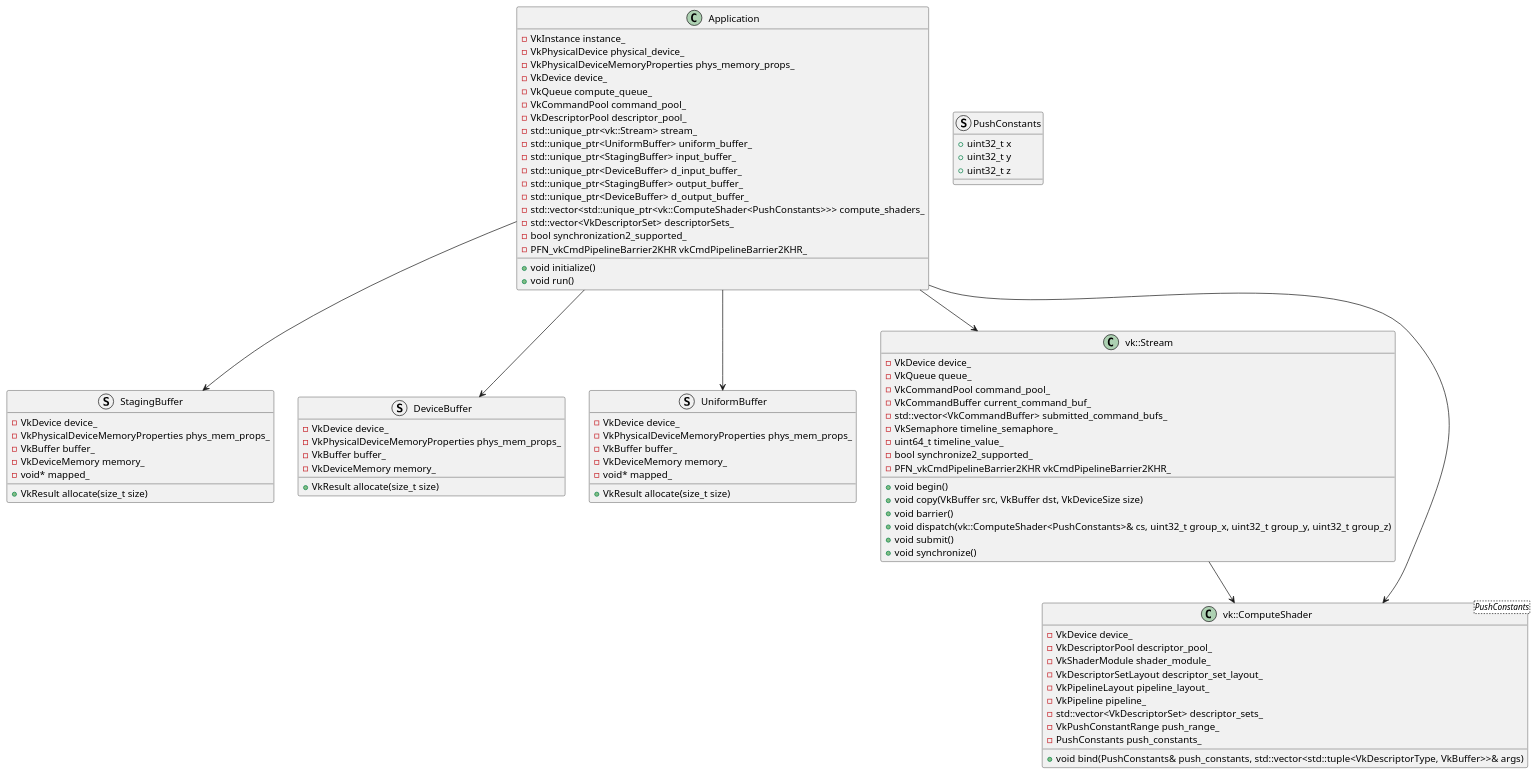
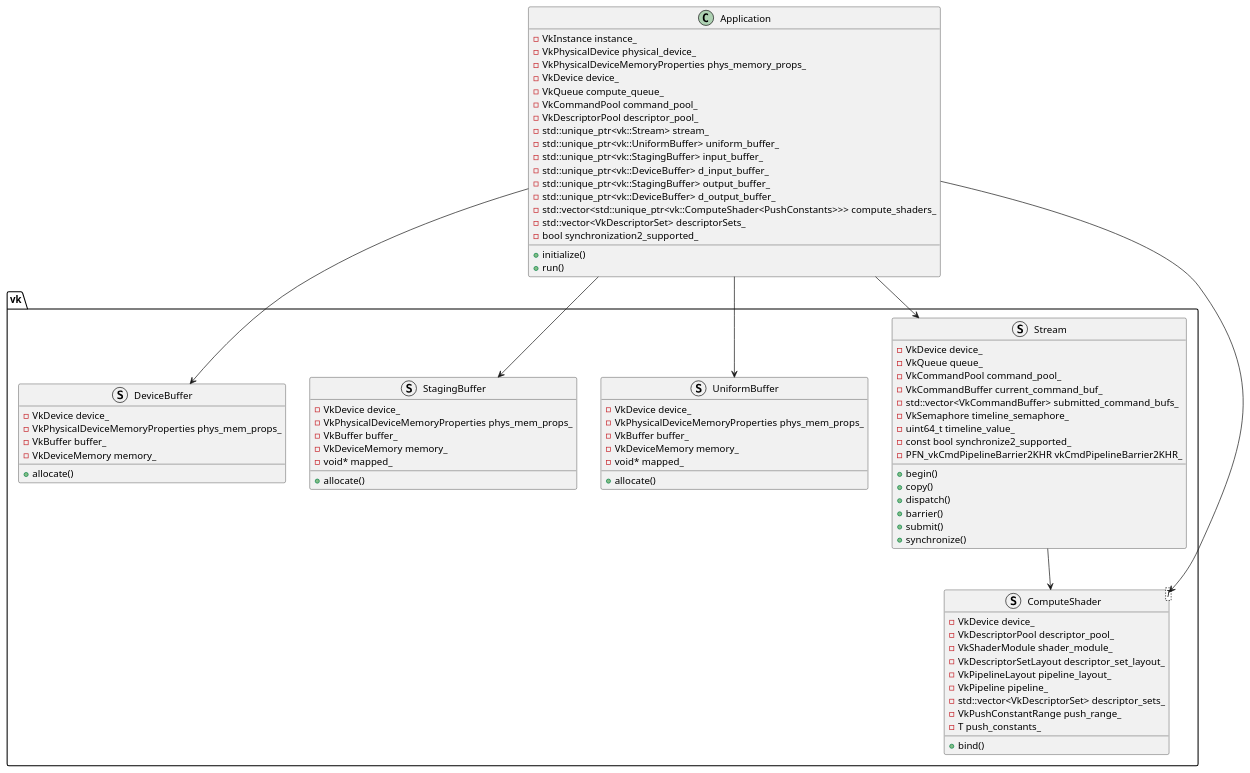
Before and after one commit to kohshi/vulkan-sandbox: the diagram in doc/class.pu, drawn with PlantUML.

```diff
--- a/doc/class.pu
+++ b/doc/class.pu
@@ -1,93 +1,88 @@
 @startuml
+set namespaceSeparator ::
+
 class Application {
   - VkInstance instance_
   - VkPhysicalDevice physical_device_
   - VkPhysicalDeviceMemoryProperties phys_memory_props_
   - VkDevice device_
   - VkQueue compute_queue_
   - VkCommandPool command_pool_
   - VkDescriptorPool descriptor_pool_
   - std::unique_ptr<vk::Stream> stream_
-  - std::unique_ptr<UniformBuffer> uniform_buffer_
-  - std::unique_ptr<StagingBuffer> input_buffer_
-  - std::unique_ptr<DeviceBuffer> d_input_buffer_
-  - std::unique_ptr<StagingBuffer> output_buffer_
-  - std::unique_ptr<DeviceBuffer> d_output_buffer_
+  - std::unique_ptr<vk::UniformBuffer> uniform_buffer_
+  - std::unique_ptr<vk::StagingBuffer> input_buffer_
+  - std::unique_ptr<vk::DeviceBuffer> d_input_buffer_
+  - std::unique_ptr<vk::StagingBuffer> output_buffer_
+  - std::unique_ptr<vk::DeviceBuffer> d_output_buffer_
   - std::vector<std::unique_ptr<vk::ComputeShader<PushConstants>>> compute_shaders_
   - std::vector<VkDescriptorSet> descriptorSets_
   - bool synchronization2_supported_
-  - PFN_vkCmdPipelineBarrier2KHR vkCmdPipelineBarrier2KHR_
-  + void initialize()
-  + void run()
+  + initialize()
+  + run()
 }
 
-struct PushConstants {
-  + uint32_t x
-  + uint32_t y
-  + uint32_t z
-}
-
-struct StagingBuffer {
-  - VkDevice device_
-  - VkPhysicalDeviceMemoryProperties phys_mem_props_
-  - VkBuffer buffer_
-  - VkDeviceMemory memory_
-  - void* mapped_
-  + VkResult allocate(size_t size)
-}
-
-struct DeviceBuffer {
-  - VkDevice device_
-  - VkPhysicalDeviceMemoryProperties phys_mem_props_
-  - VkBuffer buffer_
-  - VkDeviceMemory memory_
-  + VkResult allocate(size_t size)
-}
-
-struct UniformBuffer {
-  - VkDevice device_
-  - VkPhysicalDeviceMemoryProperties phys_mem_props_
-  - VkBuffer buffer_
-  - VkDeviceMemory memory_
-  - void* mapped_
-  + VkResult allocate(size_t size)
-}
-
-class vk::Stream {
+struct vk::Stream {
   - VkDevice device_
   - VkQueue queue_
   - VkCommandPool command_pool_
   - VkCommandBuffer current_command_buf_
   - std::vector<VkCommandBuffer> submitted_command_bufs_
   - VkSemaphore timeline_semaphore_
   - uint64_t timeline_value_
-  - bool synchronize2_supported_
+  - const bool synchronize2_supported_
   - PFN_vkCmdPipelineBarrier2KHR vkCmdPipelineBarrier2KHR_
-  + void begin()
-  + void copy(VkBuffer src, VkBuffer dst, VkDeviceSize size)
-  + void barrier()
-  + void dispatch(vk::ComputeShader<PushConstants>& cs, uint32_t group_x, uint32_t group_y, uint32_t group_z)
-  + void submit()
-  + void synchronize()
+  + begin()
+  + copy()
+  + dispatch()
+  + barrier()
+  + submit()
+  + synchronize()
 }
 
-class vk::ComputeShader<PushConstants> {
+struct vk::ComputeShader<T> {
   - VkDevice device_
   - VkDescriptorPool descriptor_pool_
   - VkShaderModule shader_module_
   - VkDescriptorSetLayout descriptor_set_layout_
   - VkPipelineLayout pipeline_layout_
   - VkPipeline pipeline_
   - std::vector<VkDescriptorSet> descriptor_sets_
   - VkPushConstantRange push_range_
-  - PushConstants push_constants_
-  + void bind(PushConstants& push_constants, std::vector<std::tuple<VkDescriptorType, VkBuffer>>& args)
+  - T push_constants_
+  + bind()
+}
+
+struct vk::UniformBuffer {
+  - VkDevice device_
+  - VkPhysicalDeviceMemoryProperties phys_mem_props_
+  - VkBuffer buffer_
+  - VkDeviceMemory memory_
+  - void* mapped_
+  + allocate()
+}
+
+struct vk::StagingBuffer {
+  - VkDevice device_
+  - VkPhysicalDeviceMemoryProperties phys_mem_props_
+  - VkBuffer buffer_
+  - VkDeviceMemory memory_
+  - void* mapped_
+  + allocate()
+}
+
+struct vk::DeviceBuffer {
+  - VkDevice device_
+  - VkPhysicalDeviceMemoryProperties phys_mem_props_
+  - VkBuffer buffer_
+  - VkDeviceMemory memory_
+  + allocate()
 }
 
 Application --> vk::Stream
-Application --> UniformBuffer
-Application --> StagingBuffer
-Application --> DeviceBuffer
 Application --> vk::ComputeShader
+Application --> vk::UniformBuffer
+Application --> vk::StagingBuffer
+Application --> vk::DeviceBuffer
 vk::Stream --> vk::ComputeShader
 @enduml
```
